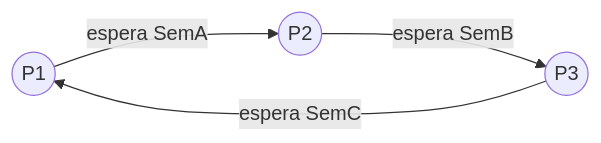
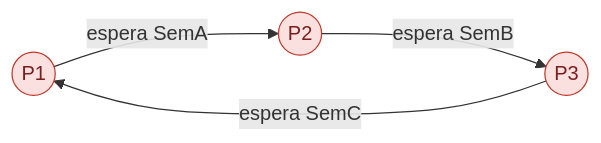
One commit to asiermarzo/ssoo changed the second of 3 diagrams in TEORIA/05-concurrencia-y-sincronizacion/README.md. Above: the diagram before and after it, drawn with Mermaid. The commit also changed other lines of this file and 25 other files, not shown here.

Commit message:
refinado de diagramas mermaid y svg

````diff
--- a/TEORIA/05-concurrencia-y-sincronizacion/README.md
+++ b/TEORIA/05-concurrencia-y-sincronizacion/README.md
@@ -449,6 +455,9 @@
 ```mermaid
 flowchart LR
     P1(("P1")) -->|espera SemA| P2(("P2"))
     P2 -->|espera SemB| P3(("P3"))
     P3 -->|espera SemC| P1
+
+    classDef bloqueado fill:#fbe0e0,stroke:#c0392b,color:#7a1f1f;
+    class P1,P2,P3 bloqueado;
 ```
````
